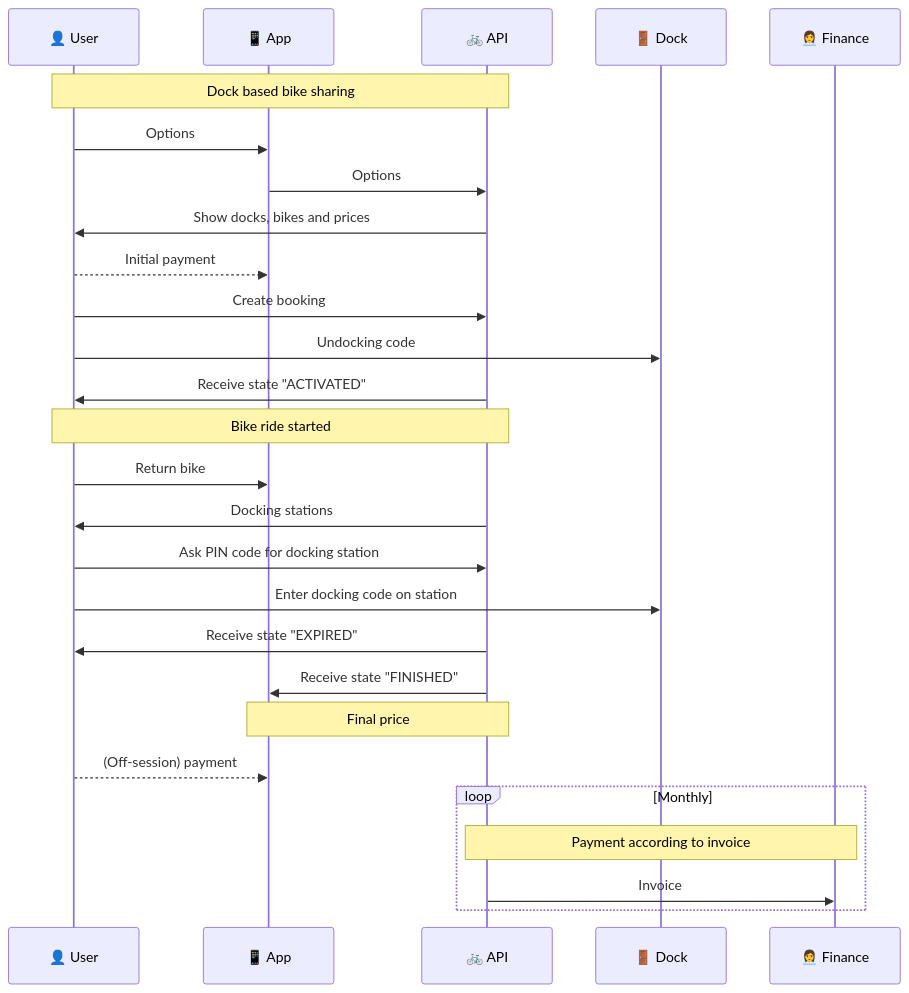
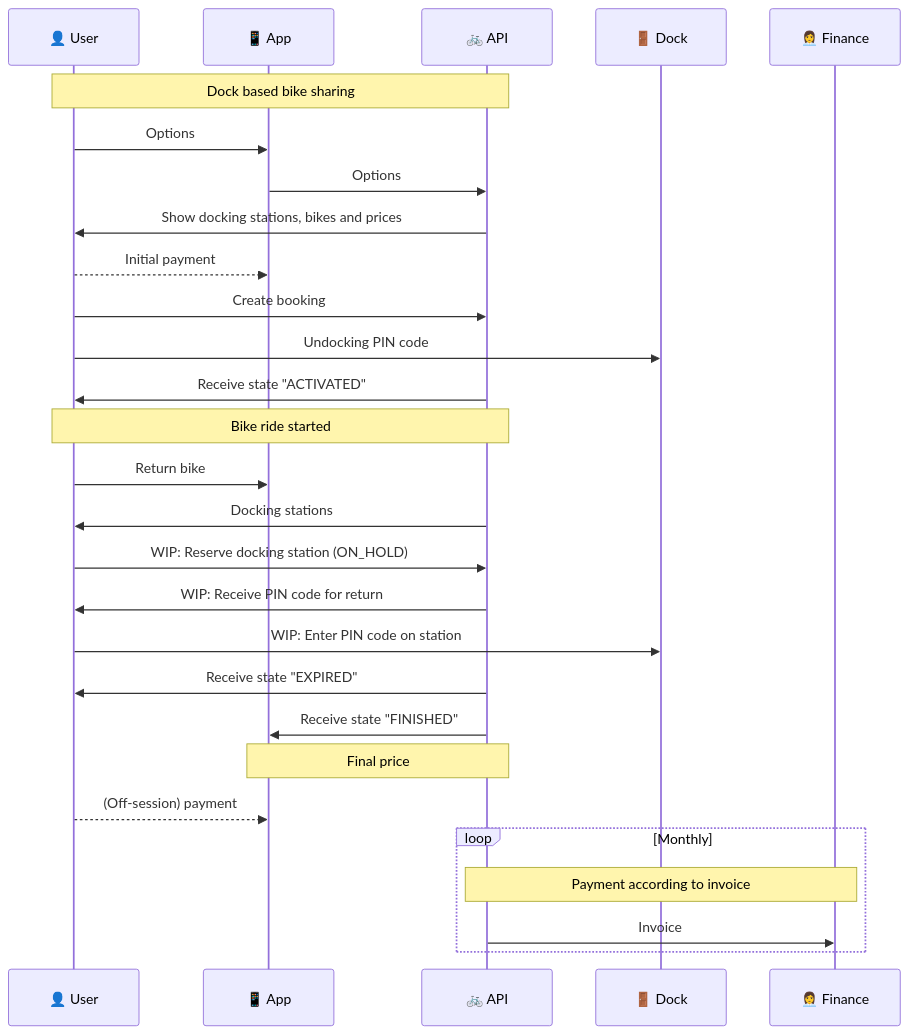
One commit to huksley/maas-tsp-api changed the diagram in specs/workflow/docked-bike-sequence.mmd. Above: the diagram before and after it, drawn with Mermaid. The commit also changed 25 other files, not shown here.

```diff
--- a/specs/workflow/docked-bike-sequence.mmd
+++ b/specs/workflow/docked-bike-sequence.mmd
@@ -1,30 +1,31 @@
 sequenceDiagram
   %% MermaidJS sequences for docked bike interaction
   %% Use https://mermaid-js.github.io/mermaid-live-editor/ to edit
   %% For docking and undocking a bike you need to provide a PIN code 
   participant User as 👤 User
   participant App as 📱 App
   participant TSP as 🚲 API
   participant Dock as 🚪 Dock
   participant Finance as 👩‍💼 Finance
   Note over User,TSP: Dock based bike sharing
   User->>App: Options
   App->>TSP: Options
-  TSP->>User: Show docks, bikes and prices
+  TSP->>User: Show docking stations, bikes and prices
   User-->>App: Initial payment
   User->>TSP: Create booking
-  User->>Dock: Undocking code
+  User->>Dock: Undocking PIN code
   TSP->>User: Receive state "ACTIVATED"
   Note over User,TSP: Bike ride started
   User->>App: Return bike
   TSP->>User: Docking stations
-  User->>TSP: Ask PIN code for docking station
-  User->>Dock: Enter docking code on station
+  User->>TSP: WIP: Reserve docking station (ON_HOLD)
+  TSP->>User: WIP: Receive PIN code for return
+  User->>Dock: WIP: Enter PIN code on station
   TSP->>User: Receive state "EXPIRED"
   TSP->>App: Receive state "FINISHED"
   Note over App,TSP: Final price
   User-->>App: (Off-session) payment
   loop Monthly
     Note over TSP,Finance: Payment according to invoice
     TSP->>Finance: Invoice 
   end
```
